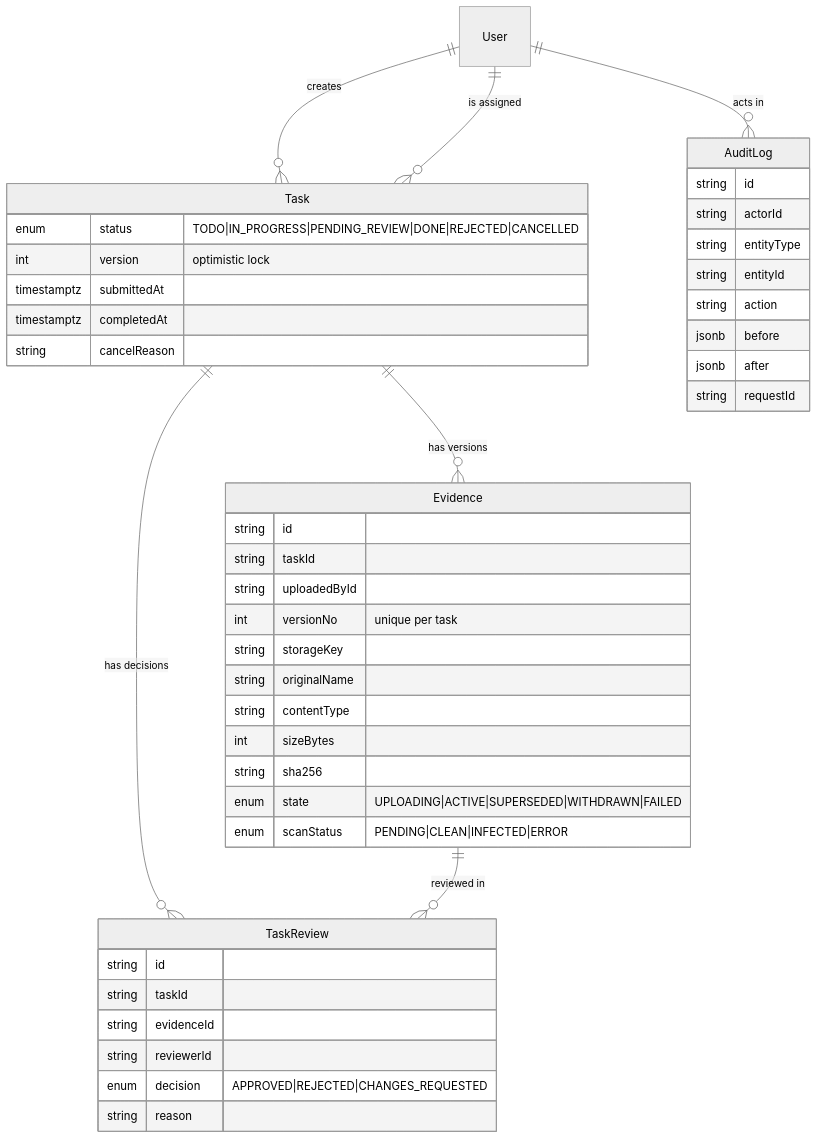
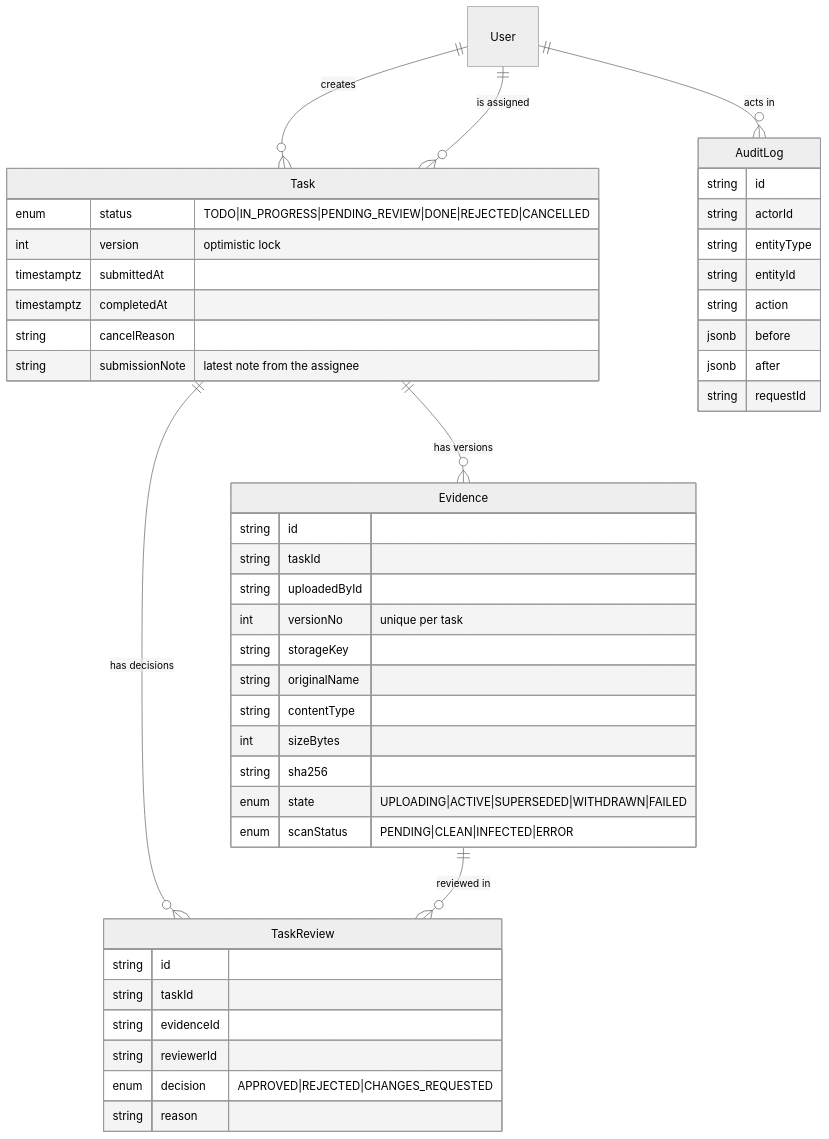
One commit to Kukesan/task-internal-portal changed the fourth of 6 diagrams in docs/Task_2.md. Above: the diagram before and after it, drawn with Mermaid (neutral theme). The commit also changed other lines of this file and 1 other file, not shown here.

````diff
--- a/docs/Task_2.md
+++ b/docs/Task_2.md
@@ -172,48 +184,49 @@
 ```mermaid
 erDiagram
     User ||--o{ Task : "creates"
     User ||--o{ Task : "is assigned"
     Task ||--o{ Evidence : "has versions"
     Task ||--o{ TaskReview : "has decisions"
     Evidence ||--o{ TaskReview : "reviewed in"
     User ||--o{ AuditLog : "acts in"
 
     Task {
         enum status "TODO|IN_PROGRESS|PENDING_REVIEW|DONE|REJECTED|CANCELLED"
         int version "optimistic lock"
         timestamptz submittedAt
         timestamptz completedAt
         string cancelReason
+        string submissionNote "latest note from the assignee"
     }
     Evidence {
         string id
         string taskId
         string uploadedById
         int versionNo "unique per task"
         string storageKey
         string originalName
         string contentType
         int sizeBytes
         string sha256
         enum state "UPLOADING|ACTIVE|SUPERSEDED|WITHDRAWN|FAILED"
         enum scanStatus "PENDING|CLEAN|INFECTED|ERROR"
     }
     TaskReview {
         string id
         string taskId
         string evidenceId
         string reviewerId
         enum decision "APPROVED|REJECTED|CHANGES_REQUESTED"
         string reason
     }
     AuditLog {
         string id
         string actorId
         string entityType
         string entityId
         string action
         jsonb before
         jsonb after
         string requestId
     }
 ```
````
